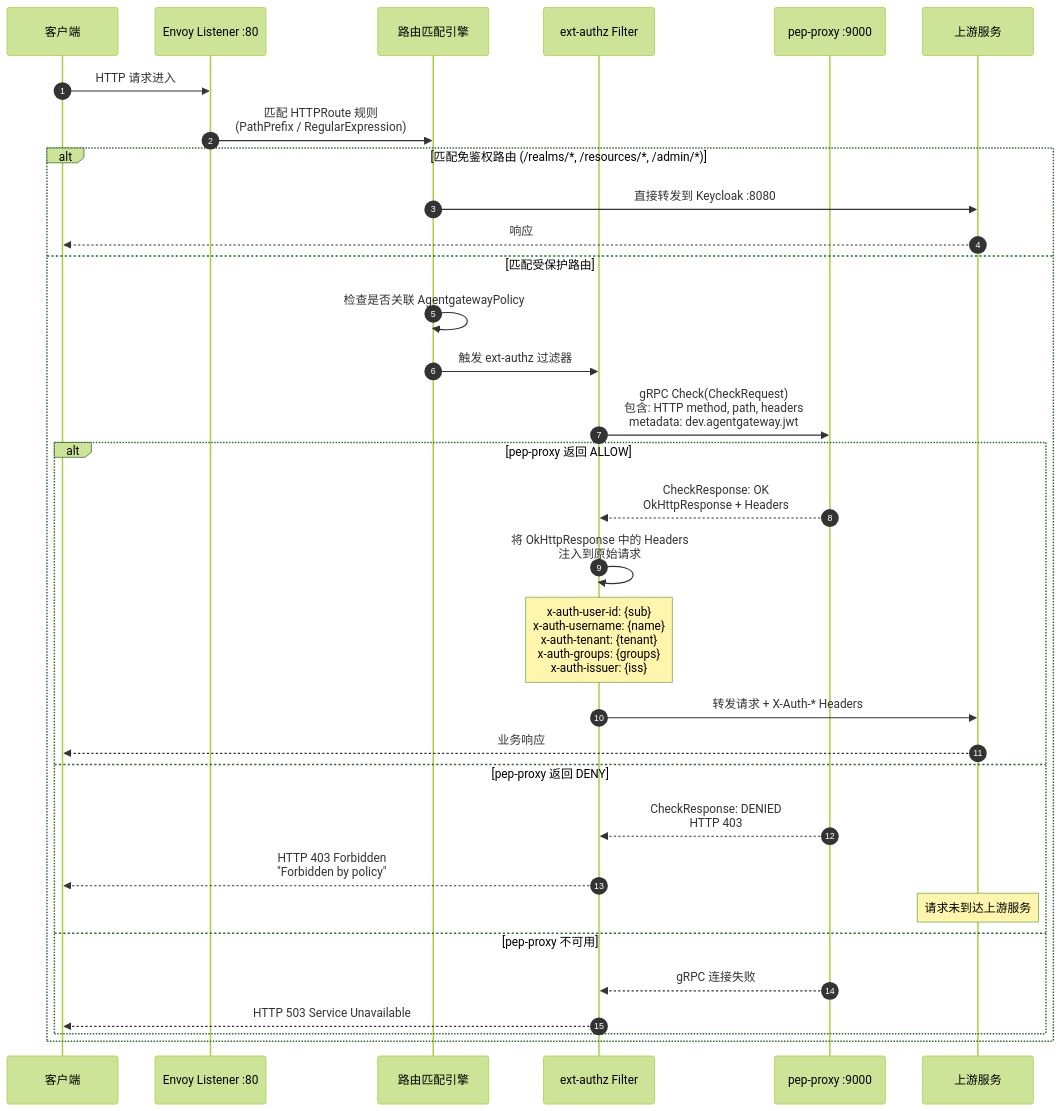
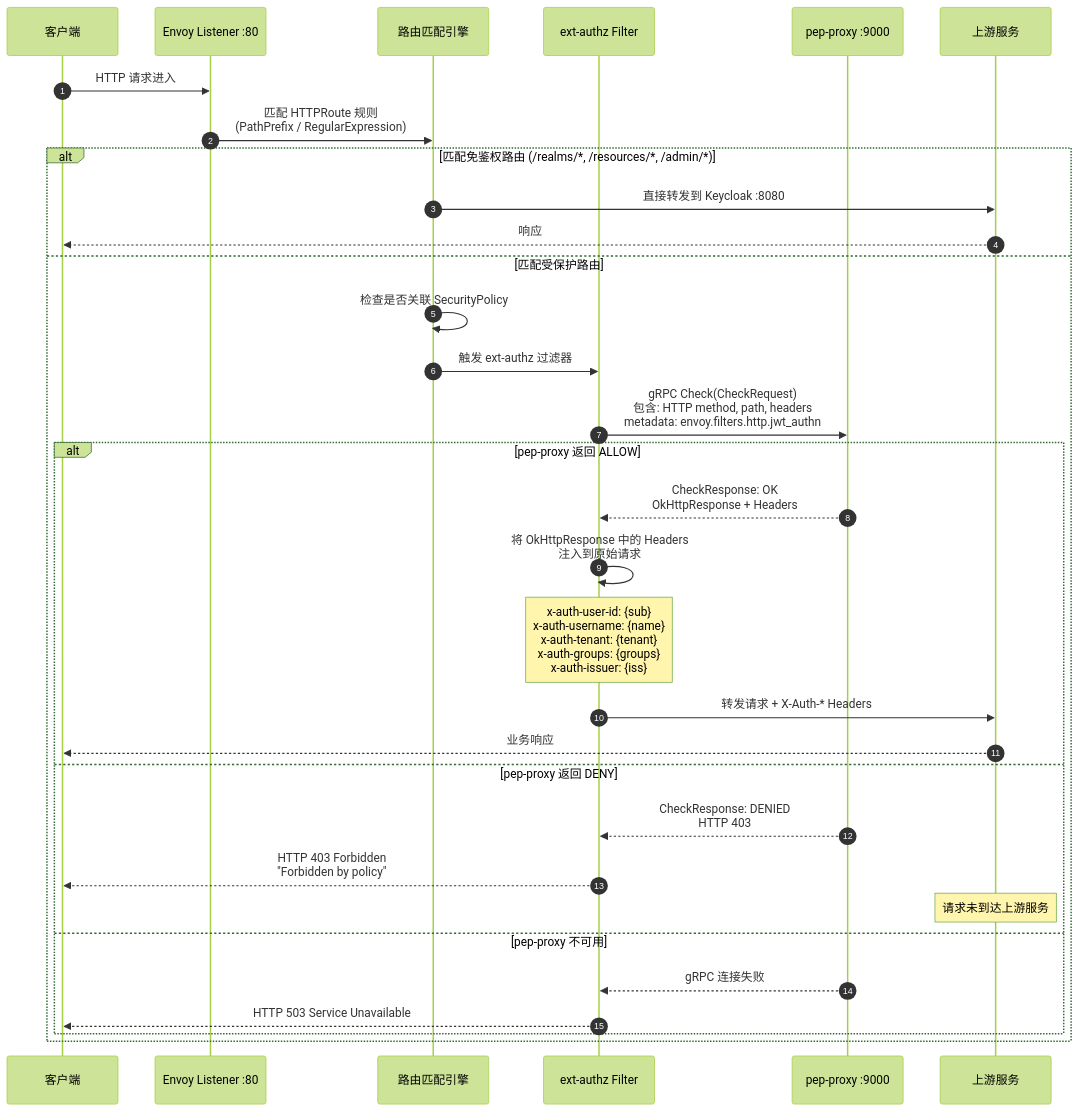
Diagram 16 of 17 in da-cluster/docs/design-specification.md (xiewanchao/aidp-iam), drawn with Mermaid (forest theme) before and after one commit. The commit also changed other lines of this file and 47 other files, not shown here.

````diff
--- a/da-cluster/docs/design-specification.md
+++ b/da-cluster/docs/design-specification.md
@@ -978,42 +978,42 @@
 ```mermaid
 sequenceDiagram
     autonumber
     participant Client as 客户端
     participant Listener as Envoy Listener :80
     participant RouteMatch as 路由匹配引擎
     participant ExtAuth as ext-authz Filter
     participant PEP as pep-proxy :9000
     participant Upstream as 上游服务
 
     Client->>Listener: HTTP 请求进入
 
     Listener->>RouteMatch: 匹配 HTTPRoute 规则<br/>(PathPrefix / RegularExpression)
 
     alt 匹配免鉴权路由 (/realms/*, /resources/*, /admin/*)
         RouteMatch->>Upstream: 直接转发到 Keycloak :8080
         Upstream-->>Client: 响应
     else 匹配受保护路由
-        RouteMatch->>RouteMatch: 检查是否关联 AgentgatewayPolicy
+        RouteMatch->>RouteMatch: 检查是否关联 SecurityPolicy
 
         RouteMatch->>ExtAuth: 触发 ext-authz 过滤器
 
-        ExtAuth->>PEP: gRPC Check(CheckRequest)<br/>包含: HTTP method, path, headers<br/>metadata: dev.agentgateway.jwt
+        ExtAuth->>PEP: gRPC Check(CheckRequest)<br/>包含: HTTP method, path, headers<br/>metadata: envoy.filters.http.jwt_authn
 
         alt pep-proxy 返回 ALLOW
             PEP-->>ExtAuth: CheckResponse: OK<br/>OkHttpResponse + Headers
             ExtAuth->>ExtAuth: 将 OkHttpResponse 中的 Headers<br/>注入到原始请求
             Note over ExtAuth: x-auth-user-id: {sub}<br/>x-auth-username: {name}<br/>x-auth-tenant: {tenant}<br/>x-auth-groups: {groups}<br/>x-auth-issuer: {iss}
             ExtAuth->>Upstream: 转发请求 + X-Auth-* Headers
             Upstream-->>Client: 业务响应
 
         else pep-proxy 返回 DENY
             PEP-->>ExtAuth: CheckResponse: DENIED<br/>HTTP 403
             ExtAuth-->>Client: HTTP 403 Forbidden<br/>"Forbidden by policy"
             Note over Upstream: 请求未到达上游服务
 
         else pep-proxy 不可用
             PEP-->>ExtAuth: gRPC 连接失败
             ExtAuth-->>Client: HTTP 503 Service Unavailable
         end
     end
 ```
````
